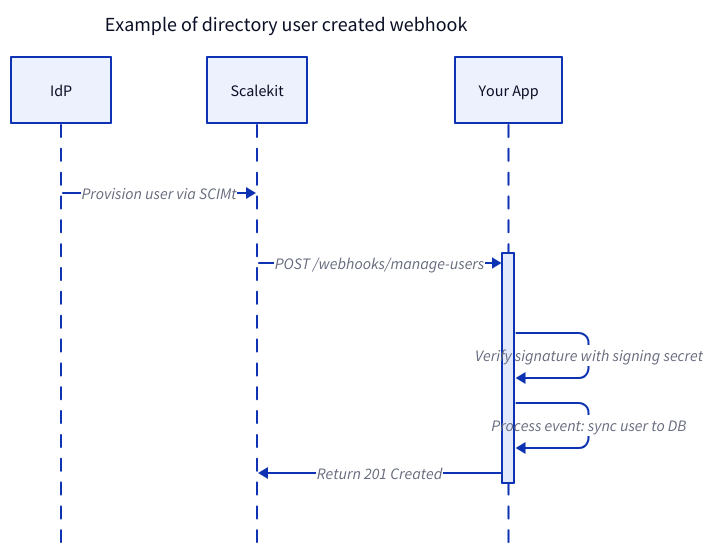
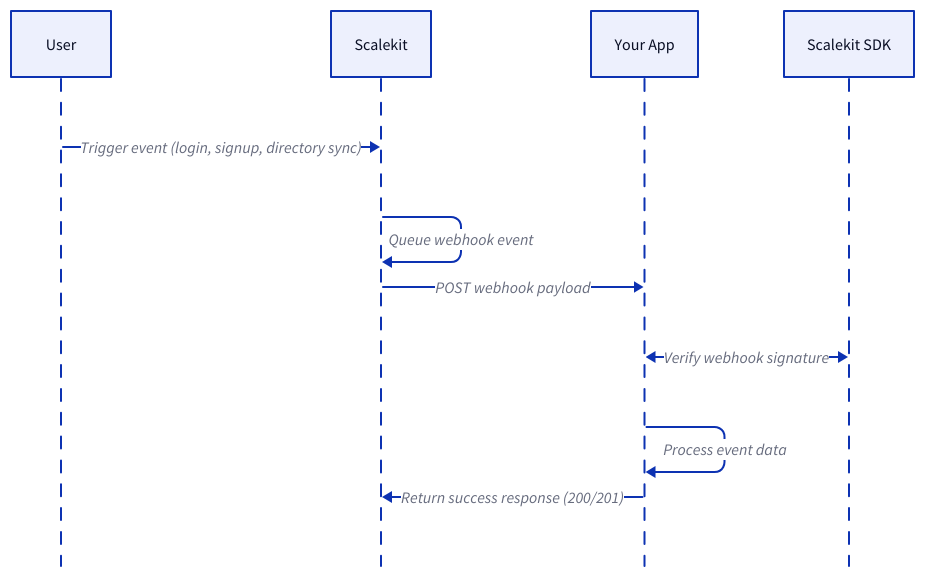
Before and after one commit to scalekit-inc/developer-docs: the diagram in src/content/docs/authenticate/implement-workflows/implement-webhooks.mdx, drawn with D2. The commit also changed other lines of this file and 4 other files, not shown here.

````diff
--- a/src/content/docs/authenticate/implement-workflows/implement-webhooks.mdx
+++ b/src/content/docs/authenticate/implement-workflows/implement-webhooks.mdx
@@ -38,17 +29,10 @@
-```d2 pad=50
-title: "Example of directory user created webhook" {
-  near: top-center
-  shape: text
-  style.font-size: 20
-}
-
+```d2
 shape: sequence_diagram
 
-IdP -> Scalekit: Provision user via SCIMt
-Your App: {
-Scalekit -> Your App: POST /webhooks/manage-users
-Your App -> Your App: Verify signature with signing secret
-Your App -> Your App: Process event: sync user to DB
-Your App -> Scalekit: Return 201 Created
-}
+User -> Scalekit: Trigger event (login, signup, directory sync)
+Scalekit -> Scalekit: Queue webhook event
+Scalekit -> Your App: POST webhook payload
+Your App <> Scalekit SDK: Verify webhook signature
+Your App -> Your App: Process event data
+Your App -> Scalekit: Return success response (200/201)
 ```
````
